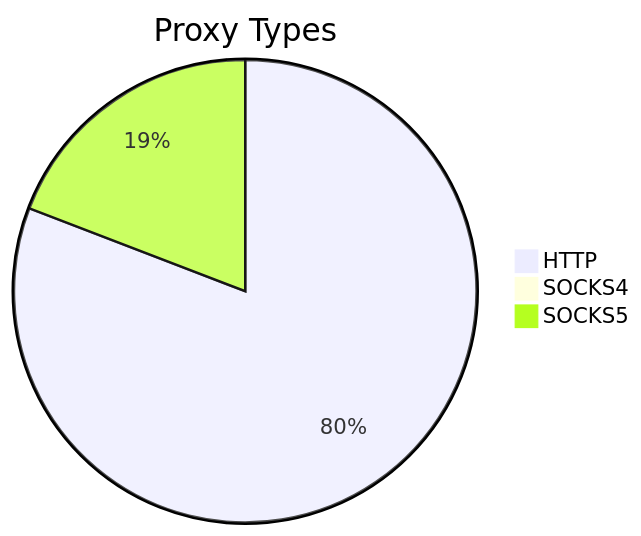
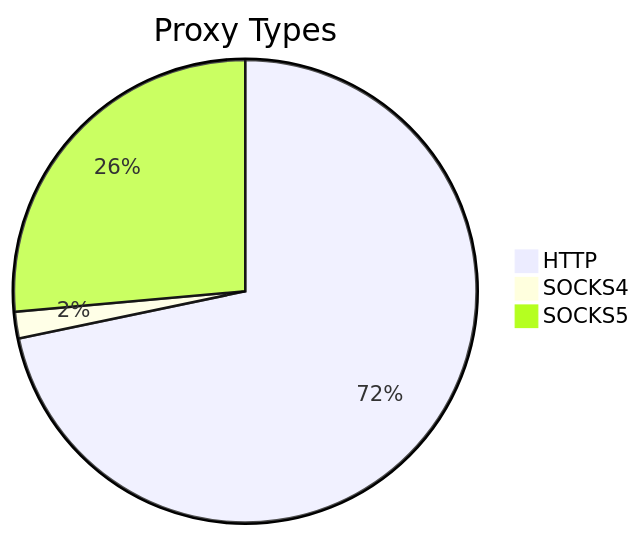
Before and after one commit to stormsia/proxy-list: the first of 2 diagrams in README.md, drawn with Mermaid. The commit also changed other lines of this file, not shown here.

````diff
--- a/README.md
+++ b/README.md
@@ -21,6 +21,6 @@
 ```mermaid
 pie title Proxy Types
-    "HTTP" : 3586
-    "SOCKS4" : 27
-    "SOCKS5" : 850
+    "HTTP" : 3627
+    "SOCKS4" : 94
+    "SOCKS5" : 1336
 ```
````
